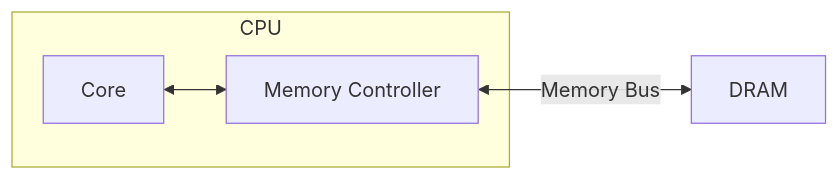
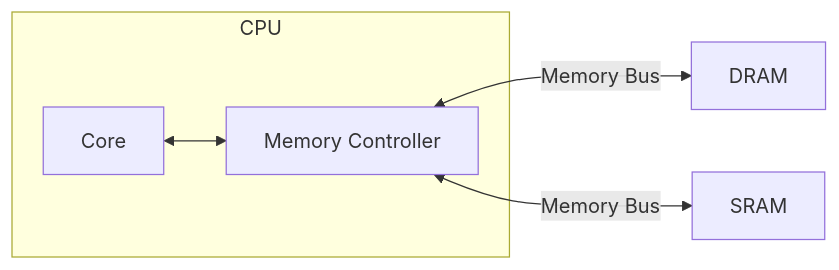
The diagram in README.md (regerj/cpu_emu), drawn with Mermaid before and after one commit. The commit also changed other lines of this file and 11 other files, not shown here.

````diff
--- a/README.md
+++ b/README.md
@@ -7,7 +7,8 @@
 ```mermaid
 flowchart LR
     subgraph Group 1 [CPU]
         Core <--> mc[Memory Controller]
     end
     mc <-->|Memory Bus| DRAM
+    mc <-->|Memory Bus| SRAM
 ```
````
